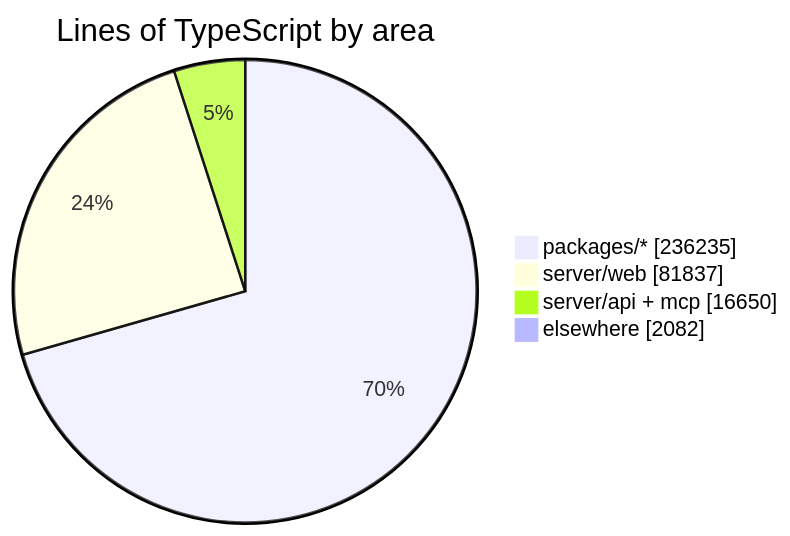
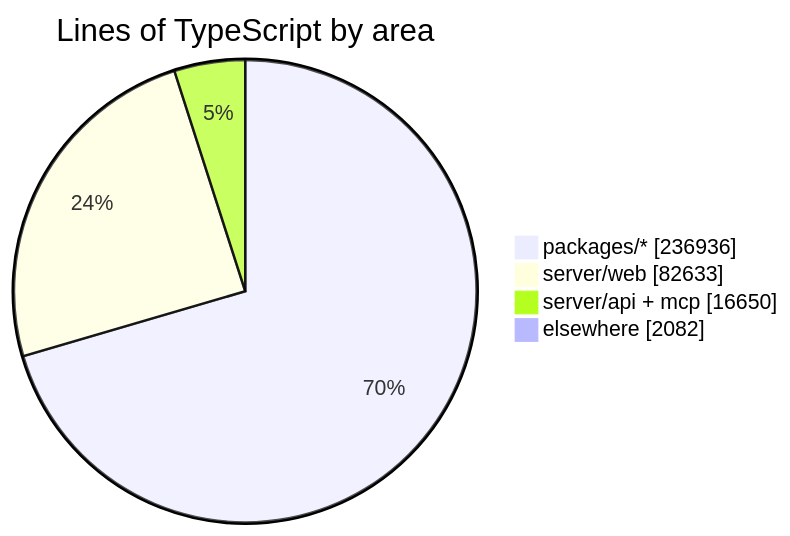
Before and after one commit to crossworks-engineering/mantle: the diagram in README.md, drawn with Mermaid. The commit also changed other lines of this file and 2 other files, not shown here.

````diff
--- a/README.md
+++ b/README.md
@@ -287,7 +287,7 @@
 ```mermaid
 pie showData title Lines of TypeScript by area
-    "packages/*" : 236235
-    "server/web" : 81837
+    "packages/*" : 236936
+    "server/web" : 82633
     "server/api + mcp" : 16650
     "elsewhere" : 2082
 ```
````
